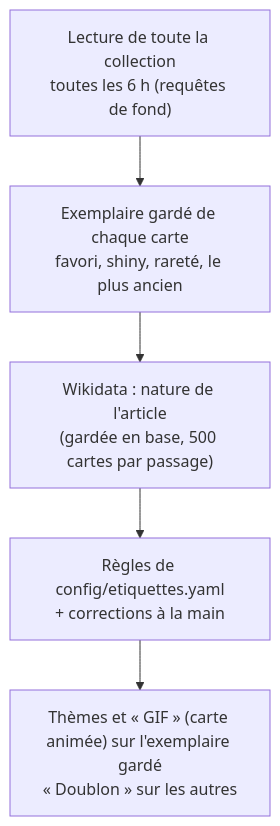
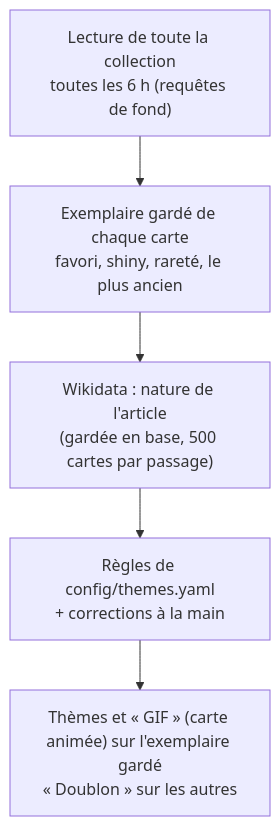
One commit to MaKSiiMe/WikiMastered changed the seventh of 8 diagrams in docs/FONCTIONNEMENT.md. Above: the diagram before and after it, drawn with Mermaid. The commit also changed other lines of this file and 19 other files, not shown here.

First line of the commit message:
Fichiers de config en anglais : themes.yaml, countries.txt, animated_gifs.txt, clés renommées (#197)

````diff
--- a/docs/FONCTIONNEMENT.md
+++ b/docs/FONCTIONNEMENT.md
@@ -227,7 +227,7 @@
 ```mermaid
 flowchart TD
     L["Lecture de toute la collection<br/>toutes les 6 h (requêtes de fond)"] --> G["Exemplaire gardé de chaque carte<br/>favori, shiny, rareté, le plus ancien"]
     G --> W["Wikidata : nature de l'article<br/>(gardée en base, 500 cartes par passage)"]
-    W --> R["Règles de config/etiquettes.yaml<br/>+ corrections à la main"]
+    W --> R["Règles de config/themes.yaml<br/>+ corrections à la main"]
     R --> T["Thèmes et « GIF » (carte animée) sur l'exemplaire gardé<br/>« Doublon » sur les autres"]
 ```
````
